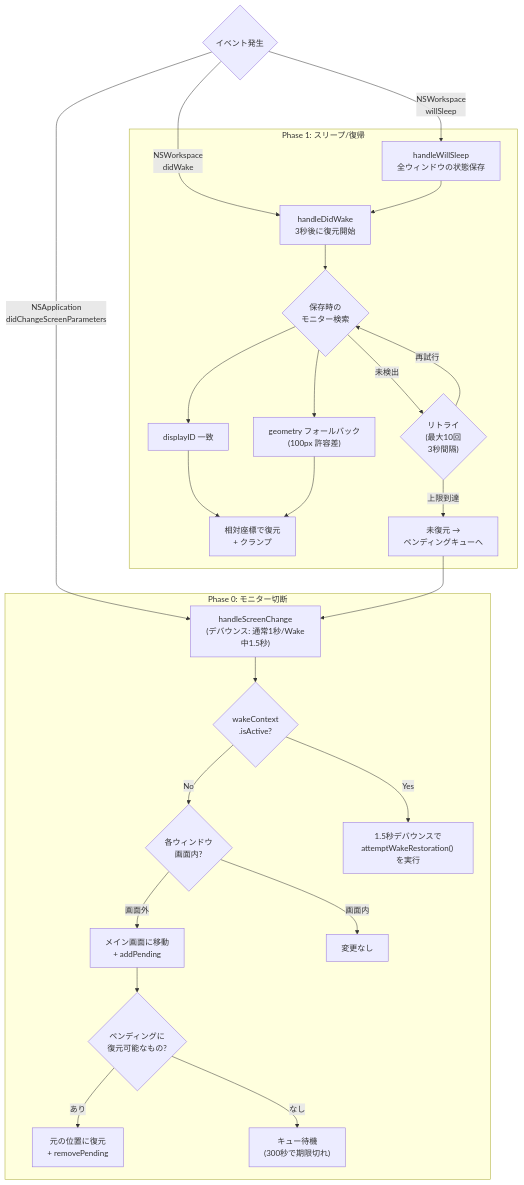
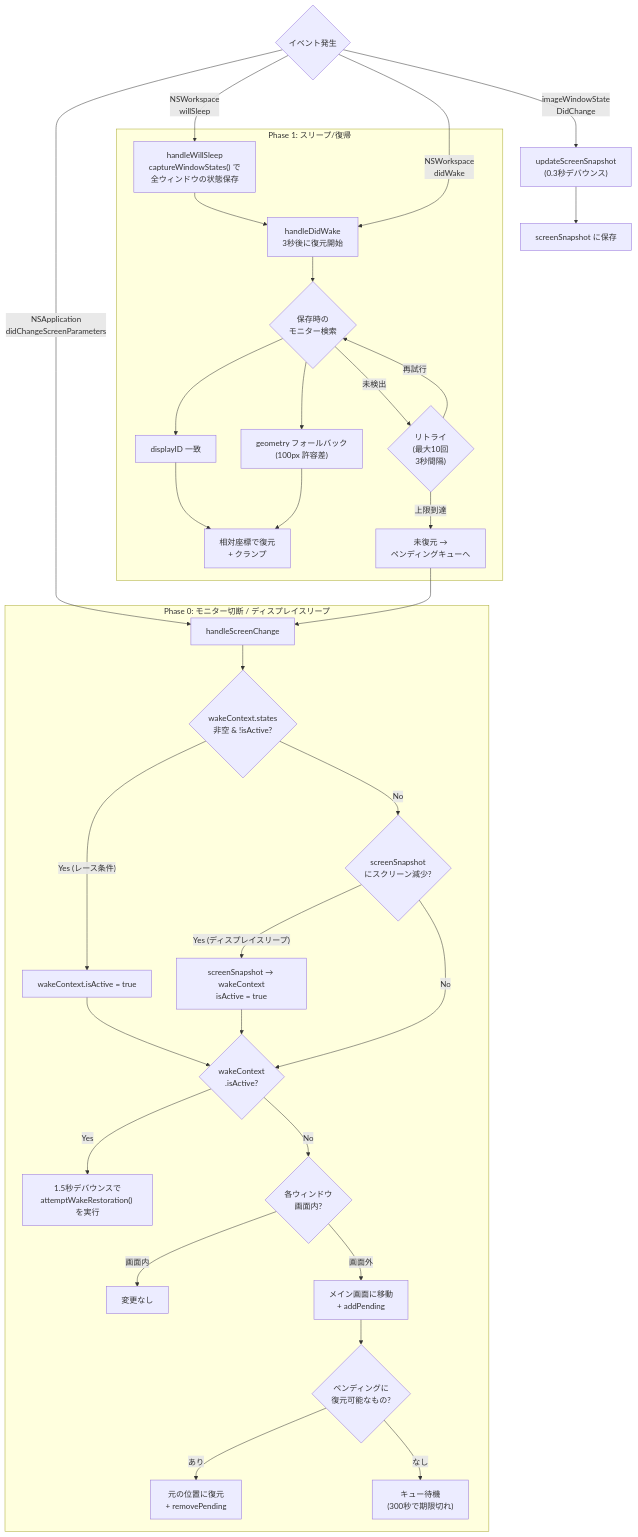
Before and after one commit to shiroemons/sobani: the second of 2 diagrams in docs/guide/update-and-restore.md, drawn with Mermaid. The commit also changed other lines of this file, not shown here.

````diff
--- a/docs/guide/update-and-restore.md
+++ b/docs/guide/update-and-restore.md
@@ -79,49 +81,59 @@
 ```mermaid
 flowchart TD
     Event{"イベント発生"}
 
     Event -->|"NSApplication<br/>didChangeScreenParameters"| P0
     Event -->|"NSWorkspace<br/>willSleep"| P1S
     Event -->|"NSWorkspace<br/>didWake"| P1W
+    Event -->|"imageWindowState<br/>DidChange"| SNAP["updateScreenSnapshot<br/>(0.3秒デバウンス)"]
+    SNAP --> SNAPSTORE["screenSnapshot に保存"]
 
-    subgraph Phase0["Phase 0: モニター切断"]
-        P0["handleScreenChange<br/>(デバウンス: 通常1秒/Wake中1.5秒)"]
+    subgraph Phase0["Phase 0: モニター切断 / ディスプレイスリープ"]
+        P0["handleScreenChange"]
+        P0RACE{"wakeContext.states<br/>非空 & !isActive?"}
+        P0SNAP{"screenSnapshot<br/>にスクリーン減少?"}
         P0CHK{"wakeContext<br/>.isActive?"}
         P0VIS{"各ウィンドウ<br/>画面内?"}
         P0MOVE["メイン画面に移動<br/>+ addPending"]
         P0REST{"ペンディングに<br/>復元可能なもの?"}
         P0OK["元の位置に復元<br/>+ removePending"]
 
-        P0 --> P0CHK
+        P0 --> P0RACE
+        P0RACE -->|"Yes (レース条件)"| P0ACTIVATE["wakeContext.isActive = true"]
+        P0RACE -->|No| P0SNAP
+        P0SNAP -->|"Yes (ディスプレイスリープ)"| P0COPY["screenSnapshot → wakeContext<br/>isActive = true"]
+        P0SNAP -->|No| P0CHK
+        P0ACTIVATE --> P0CHK
+        P0COPY --> P0CHK
+        P0CHK -->|Yes| P0SKIP["1.5秒デバウンスで<br/>attemptWakeRestoration() を実行"]
         P0CHK -->|No| P0VIS
-        P0CHK -->|Yes| P0SKIP["1.5秒デバウンスで<br/>attemptWakeRestoration() を実行"]
         P0VIS -->|画面内| P0SKIP2["変更なし"]
         P0VIS -->|画面外| P0MOVE
         P0MOVE --> P0REST
         P0REST -->|あり| P0OK
         P0REST -->|なし| P0WAIT["キュー待機<br/>(300秒で期限切れ)"]
     end
 
     subgraph Phase1["Phase 1: スリープ/復帰"]
-        P1S["handleWillSleep<br/>全ウィンドウの状態保存"]
+        P1S["handleWillSleep<br/>captureWindowStates() で<br/>全ウィンドウの状態保存"]
         P1W["handleDidWake<br/>3秒後に復元開始"]
         P1FIND{"保存時の<br/>モニター検索"}
         P1ID["displayID 一致"]
         P1GEO["geometry フォールバック<br/>(100px 許容差)"]
         P1RESTORE["相対座標で復元<br/>+ クランプ"]
         P1RETRY{"リトライ<br/>(最大10回<br/>3秒間隔)"}
         P1PENDING["未復元 →<br/>ペンディングキューへ"]
 
         P1S --> P1W
         P1W --> P1FIND
         P1FIND --> P1ID
         P1FIND --> P1GEO
         P1ID --> P1RESTORE
         P1GEO --> P1RESTORE
         P1FIND -->|未検出| P1RETRY
         P1RETRY -->|再試行| P1FIND
         P1RETRY -->|上限到達| P1PENDING
     end
 
     P1PENDING --> P0
 ```
````
